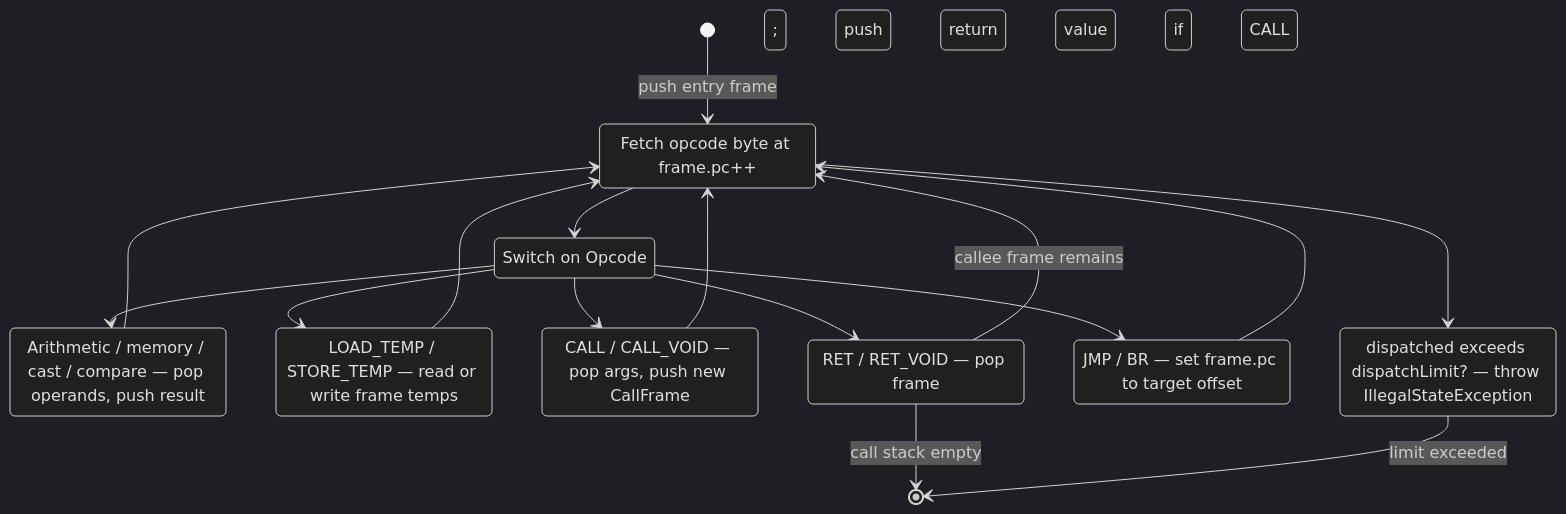
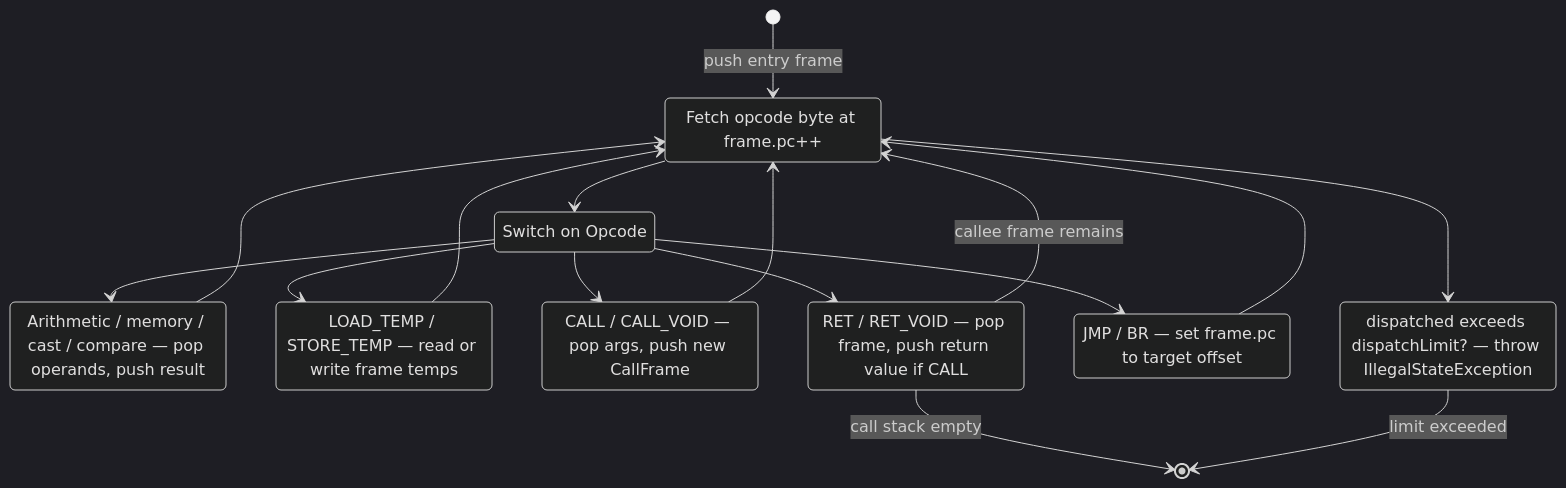
One commit to KarloKnezevic/ccompiler changed the second of 2 diagrams in docs/pipeline/interpreter-vm.md. Above: the diagram before and after it, drawn with Mermaid (dark theme). The commit also changed 4 other files, not shown here.

First line of the commit message:
docs: make all Mermaid diagrams render (validated with mermaid-cli)

````diff
--- a/docs/pipeline/interpreter-vm.md
+++ b/docs/pipeline/interpreter-vm.md
@@ -142,28 +142,28 @@
 ```mermaid
 stateDiagram-v2
     [*] --> FetchOpcode : push entry frame
 
     FetchOpcode : Fetch opcode byte at frame.pc++
     Dispatch : Switch on Opcode
     MutateStack : Arithmetic / memory / cast / compare — pop operands, push result
     MutateTemps : LOAD_TEMP / STORE_TEMP — read or write frame temps
     CallEnter : CALL / CALL_VOID — pop args, push new CallFrame
-    CallReturn : RET / RET_VOID — pop frame; push return value if CALL
+    CallReturn : RET / RET_VOID — pop frame, push return value if CALL
     Branch : JMP / BR — set frame.pc to target offset
     Watchdog : dispatched exceeds dispatchLimit? — throw IllegalStateException
 
     FetchOpcode --> Dispatch
     Dispatch --> MutateStack
     Dispatch --> MutateTemps
     Dispatch --> CallEnter
     Dispatch --> CallReturn
     Dispatch --> Branch
     MutateStack --> FetchOpcode
     MutateTemps --> FetchOpcode
     Branch --> FetchOpcode
     CallEnter --> FetchOpcode
     CallReturn --> FetchOpcode : callee frame remains
     CallReturn --> [*] : call stack empty
     FetchOpcode --> Watchdog
     Watchdog --> [*] : limit exceeded
 ```
````
